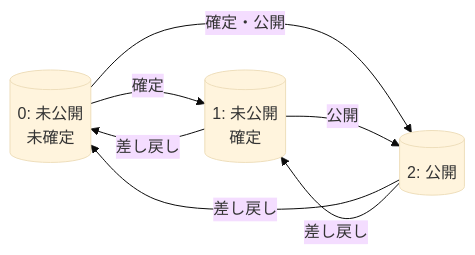
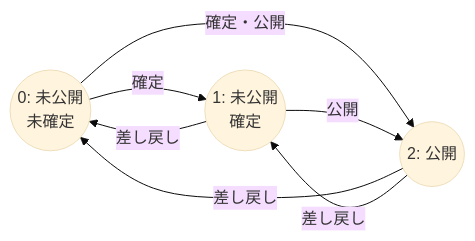
One commit to osawa-naotaka/vtunehub changed diagram 12 of 12 in doc/devel/PHASE_01/01_05_FUNCTIONAL_SPEC.md. Above: the diagram before and after it, drawn with Mermaid (base theme). The commit also changed other lines of this file, not shown here.

````diff
--- a/doc/devel/PHASE_01/01_05_FUNCTIONAL_SPEC.md
+++ b/doc/devel/PHASE_01/01_05_FUNCTIONAL_SPEC.md
@@ -507,13 +503,13 @@
 ```mermaid
 graph LR
-  ST_PRIVATE_UNDETERMINED[("0: 未公開<BR>未確定")]
-  ST_PRIVATE_DETERMINED[("1: 未公開<BR>確定")]
-  ST_PUBLIC[("2: 公開")]
+  ST_PRIVATE_UNDETERMINED(("0: 未公開<BR>未確定"))
+  ST_PRIVATE_DETERMINED(("1: 未公開<BR>確定"))
+  ST_PUBLIC(("2: 公開"))
 
   ST_PRIVATE_UNDETERMINED --"確定"--> ST_PRIVATE_DETERMINED
   ST_PRIVATE_UNDETERMINED --"確定・公開"--> ST_PUBLIC
   ST_PRIVATE_DETERMINED --"差し戻し"--> ST_PRIVATE_UNDETERMINED
   ST_PRIVATE_DETERMINED --"公開"--> ST_PUBLIC
   ST_PUBLIC --"差し戻し"--> ST_PRIVATE_UNDETERMINED
   ST_PUBLIC --"差し戻し"--> ST_PRIVATE_DETERMINED
 ```
````
